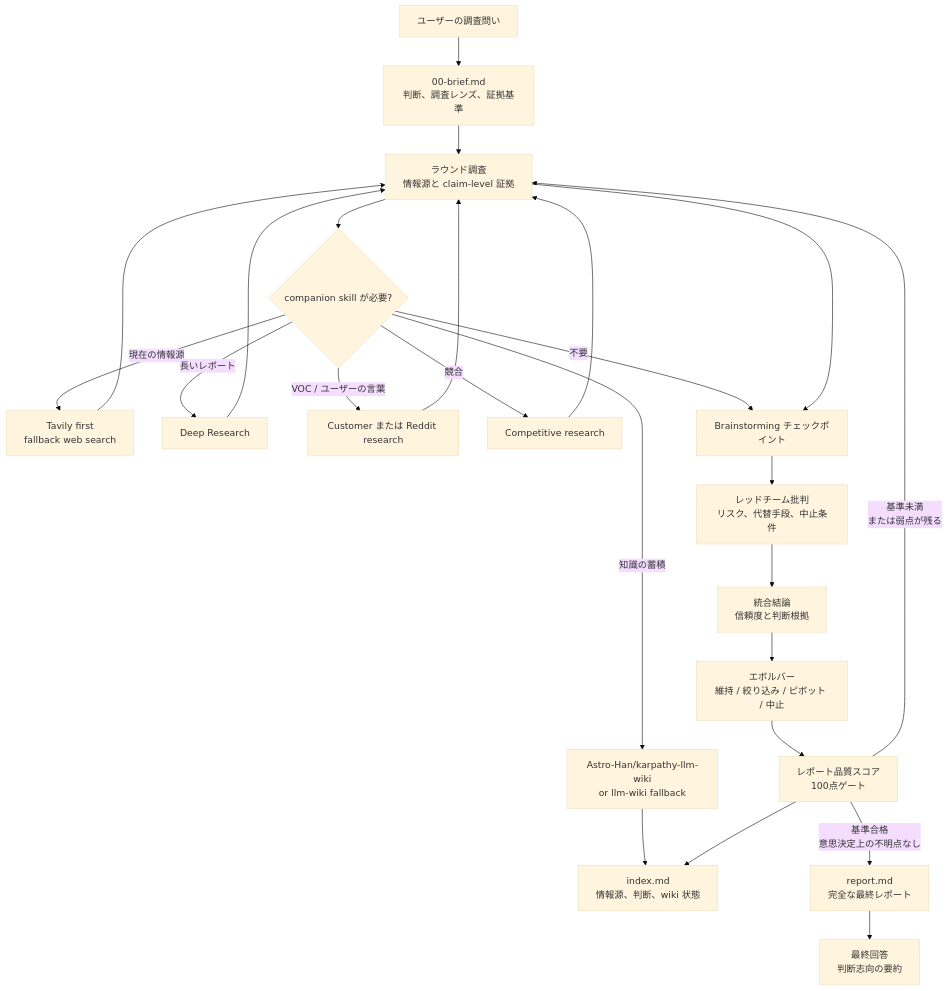
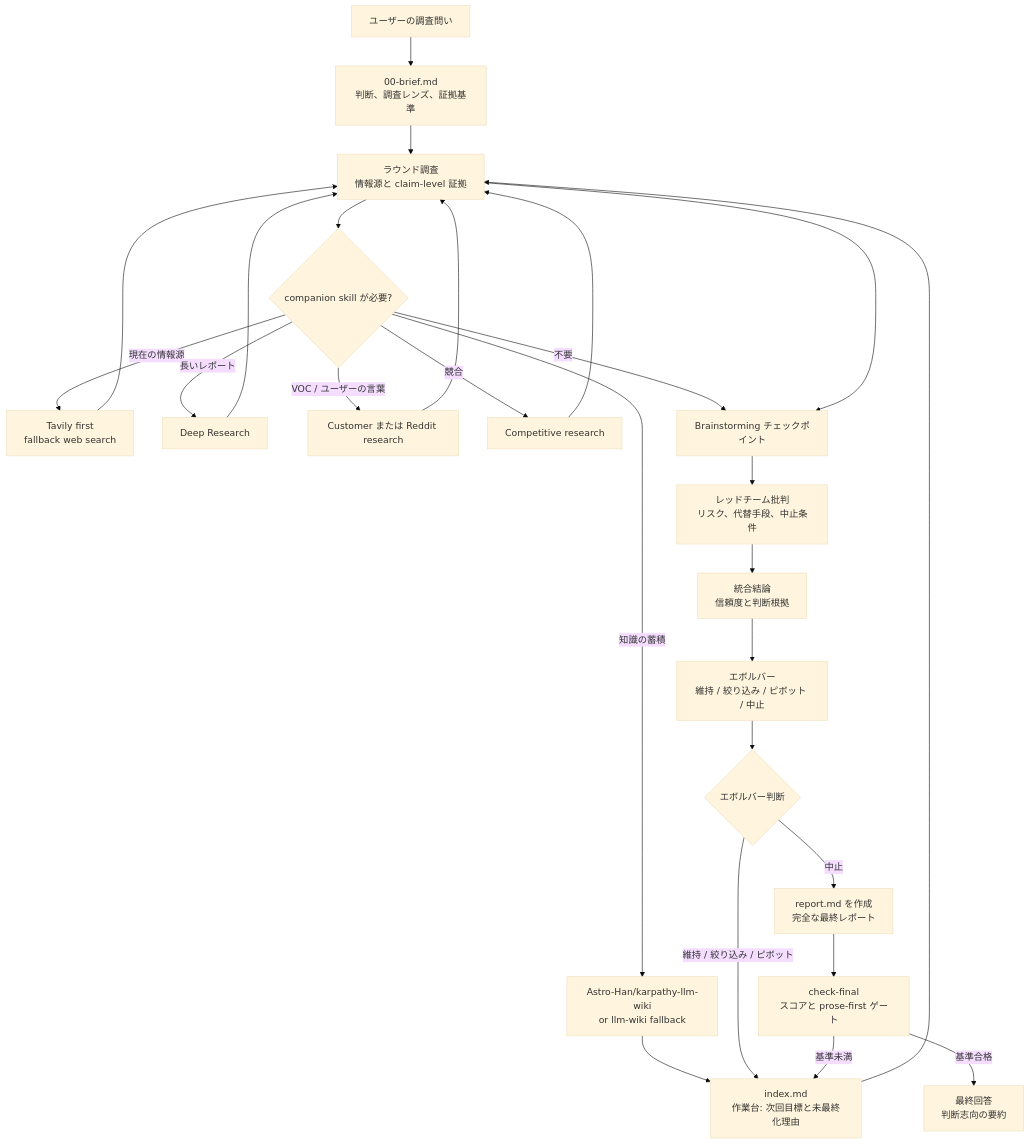
Before and after one commit to GoatGit/super-survey: the diagram in README.ja.md, drawn with Mermaid (base theme). The commit also changed other lines of this file and 5 other files, not shown here.

Commit message:
Make final report a terminal survey artifact

````diff
--- a/README.ja.md
+++ b/README.ja.md
@@ -154,26 +155,28 @@
 ```mermaid
 flowchart TD
     A[ユーザーの調査問い] --> B[00-brief.md<br/>判断、調査レンズ、証拠基準]
     B --> C[ラウンド調査<br/>情報源と claim-level 証拠]
     C --> D{companion skill が必要?}
     D -->|現在の情報源| D1[Tavily first<br/>fallback web search]
     D -->|長いレポート| D2[Deep Research]
     D -->|VOC / ユーザーの言葉| D3[Customer または Reddit research]
     D -->|競合| D4[Competitive research]
     D -->|知識の蓄積| D5[Astro-Han/karpathy-llm-wiki<br/>or llm-wiki fallback]
     D -->|不要| E[Brainstorming チェックポイント]
     D1 --> C
     D2 --> C
     D3 --> C
     D4 --> C
     D5 --> I[index.md]
     C --> E[Brainstorming チェックポイント]
     E --> F[レッドチーム批判<br/>リスク、代替手段、中止条件]
     F --> G[統合結論<br/>信頼度と判断根拠]
     G --> H[エボルバー<br/>維持 / 絞り込み / ピボット / 中止]
-    H --> Q[レポート品質スコア<br/>100点ゲート]
-    Q --> I[index.md<br/>情報源、判断、wiki 状態]
-    Q -->|基準未満<br/>または弱点が残る| C
-    Q -->|基準合格<br/>意思決定上の不明点なし| J[report.md<br/>完全な最終レポート]
-    J --> K[最終回答<br/>判断志向の要約]
+    H --> Q{エボルバー判断}
+    Q -->|維持 / 絞り込み / ピボット| I[index.md<br/>作業台: 次回目標と未最終化理由]
+    I --> C
+    Q -->|中止| J[report.md を作成<br/>完全な最終レポート]
+    J --> R[check-final<br/>スコアと prose-first ゲート]
+    R -->|基準未満| I
+    R -->|基準合格| K[最終回答<br/>判断志向の要約]
 ```
````
